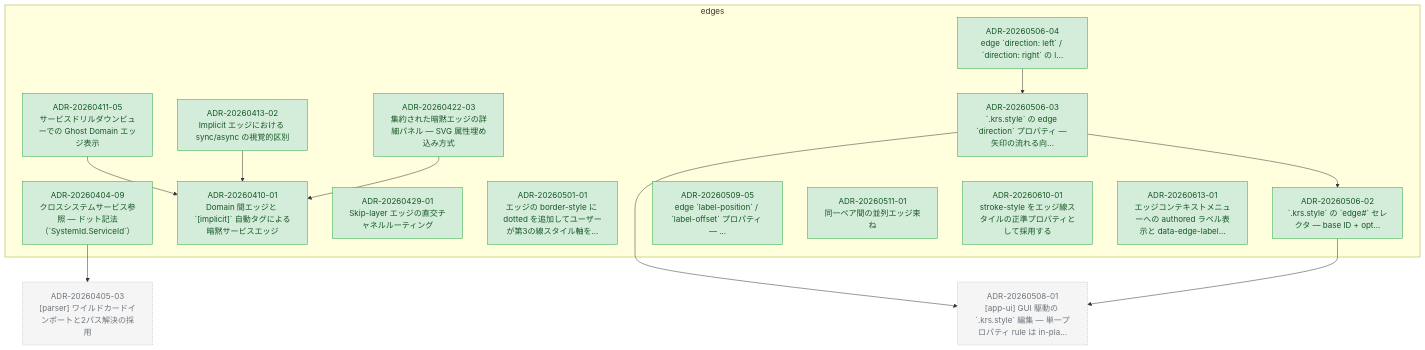
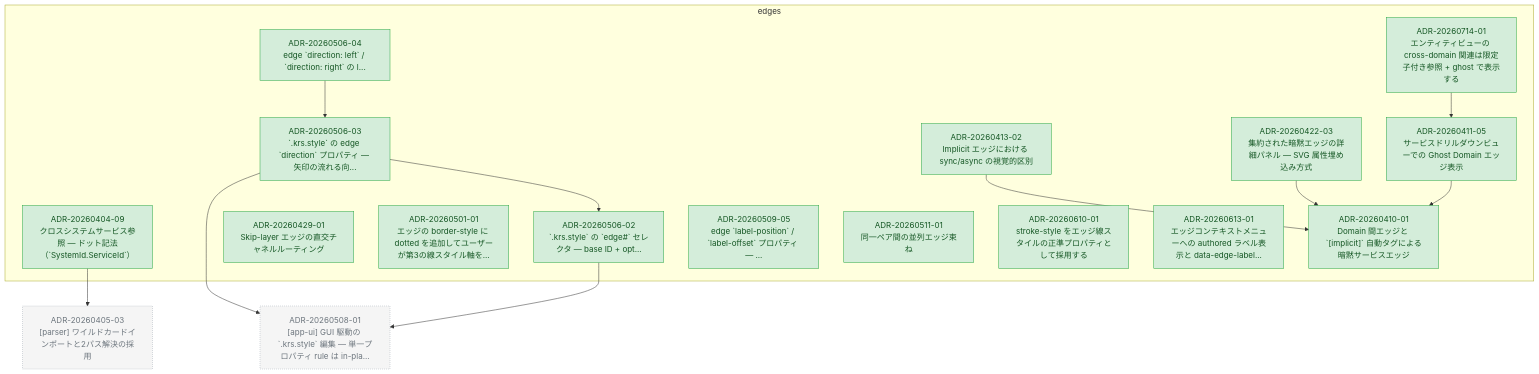
The diagram in docs/adr/graph/edges.md (kompiro/karasu), drawn with Mermaid before and after one commit. The commit also changed other lines of this file and 5 other files, not shown here.

First line of the commit message:
docs(adr): promote cross-domain ghost entities design to ADR-20260714-01

````diff
--- a/docs/adr/graph/edges.md
+++ b/docs/adr/graph/edges.md
@@ -6,52 +6,55 @@
 ```mermaid
 flowchart TD
   subgraph edges["edges"]
     ADR_20260404_09["ADR-20260404-09<br/>クロスシステムサービス参照 — ドット記法（`SystemId.ServiceId`）"]
     ADR_20260410_01["ADR-20260410-01<br/>Domain 間エッジと `[implicit]` 自動タグによる暗黙サービスエッジ"]
     ADR_20260411_05["ADR-20260411-05<br/>サービスドリルダウンビューでの Ghost Domain エッジ表示"]
     ADR_20260413_02["ADR-20260413-02<br/>Implicit エッジにおける sync/async の視覚的区別"]
     ADR_20260422_03["ADR-20260422-03<br/>集約された暗黙エッジの詳細パネル — SVG 属性埋め込み方式"]
     ADR_20260429_01["ADR-20260429-01<br/>Skip-layer エッジの直交チャネルルーティング"]
     ADR_20260501_01["ADR-20260501-01<br/>エッジの border-style に dotted を追加してユーザーが第3の線スタイル軸を..."]
     ADR_20260506_02["ADR-20260506-02<br/>`.krs.style` の `edge#<id>` セレクタ — base ID + opt..."]
     ADR_20260506_03["ADR-20260506-03<br/>`.krs.style` の edge `direction` プロパティ — 矢印の流れる向..."]
     ADR_20260506_04["ADR-20260506-04<br/>edge `direction: left` / `direction: right` の l..."]
     ADR_20260509_05["ADR-20260509-05<br/>edge `label-position` / `label-offset` プロパティ — ..."]
     ADR_20260511_01["ADR-20260511-01<br/>同一ペア間の並列エッジ束ね"]
     ADR_20260610_01["ADR-20260610-01<br/>stroke-style をエッジ線スタイルの正準プロパティとして採用する"]
     ADR_20260613_01["ADR-20260613-01<br/>エッジコンテキストメニューへの authored ラベル表示と data-edge-label..."]
+    ADR_20260714_01["ADR-20260714-01<br/>エンティティビューの cross-domain 関連は限定子付き参照 + ghost で表示する"]
   end
   ADR_20260405_03["ADR-20260405-03<br/>[parser] ワイルドカードインポートと2パス解決の採用"]
   ADR_20260508_01["ADR-20260508-01<br/>[app-ui] GUI 駆動の `.krs.style` 編集 — 単一プロパティ rule は in-pla..."]
   ADR_20260404_09 --> ADR_20260405_03
   ADR_20260411_05 --> ADR_20260410_01
   ADR_20260413_02 --> ADR_20260410_01
   ADR_20260422_03 --> ADR_20260410_01
   ADR_20260506_02 --> ADR_20260508_01
   ADR_20260506_03 --> ADR_20260508_01
   ADR_20260506_03 --> ADR_20260506_02
   ADR_20260506_04 --> ADR_20260506_03
+  ADR_20260714_01 --> ADR_20260411_05
 
   classDef accepted fill:#d4edda,stroke:#28a745,color:#155724
   classDef proposed fill:#fff3cd,stroke:#ffc107,color:#856404
   classDef deprecated fill:#f8d7da,stroke:#dc3545,color:#721c24
   classDef superseded fill:#e2e3e5,stroke:#6c757d,color:#383d41
   classDef not_adopted fill:#e2e3e5,stroke:#6c757d,color:#383d41,stroke-dasharray:3 3
   classDef ghost fill:#f5f5f5,stroke:#adb5bd,color:#6c757d,stroke-dasharray:2 2
   class ADR_20260404_09 accepted
   class ADR_20260410_01 accepted
   class ADR_20260411_05 accepted
   class ADR_20260413_02 accepted
   class ADR_20260422_03 accepted
   class ADR_20260429_01 accepted
   class ADR_20260501_01 accepted
   class ADR_20260506_02 accepted
   class ADR_20260506_03 accepted
   class ADR_20260506_04 accepted
   class ADR_20260509_05 accepted
   class ADR_20260511_01 accepted
   class ADR_20260610_01 accepted
   class ADR_20260613_01 accepted
+  class ADR_20260714_01 accepted
   class ADR_20260405_03 ghost
   class ADR_20260508_01 ghost
 ```
````
